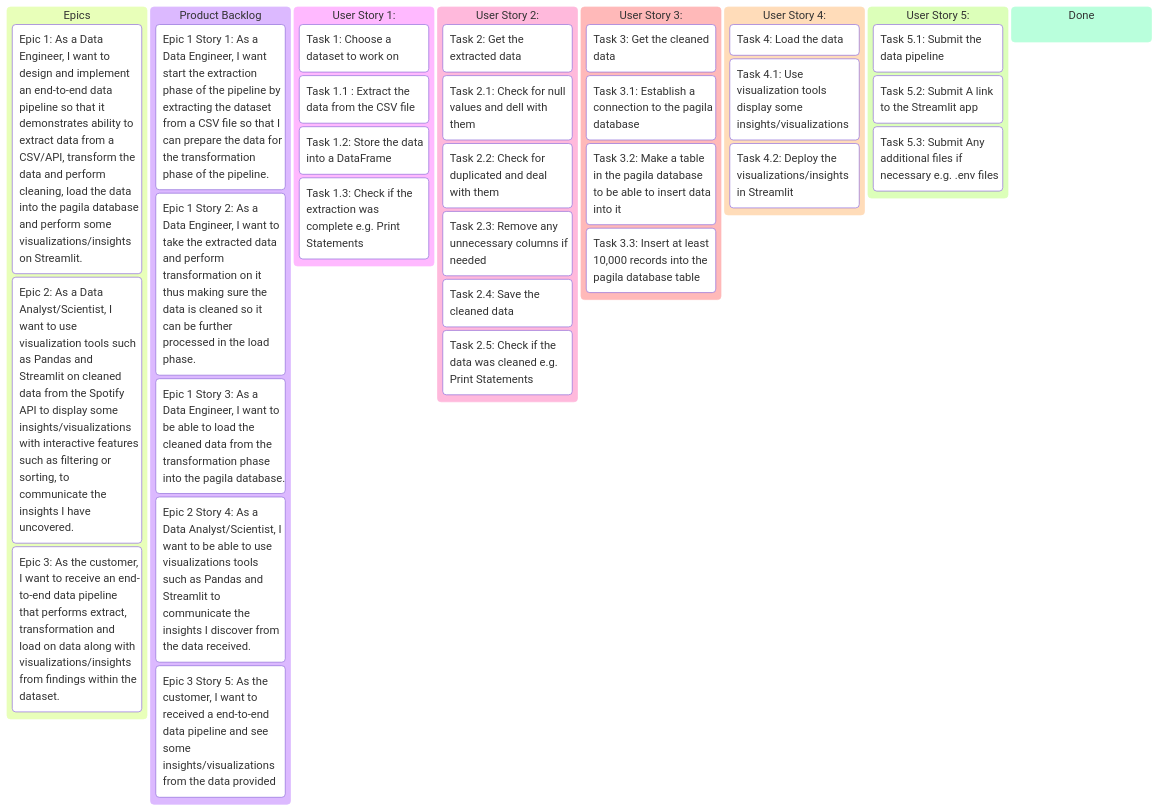
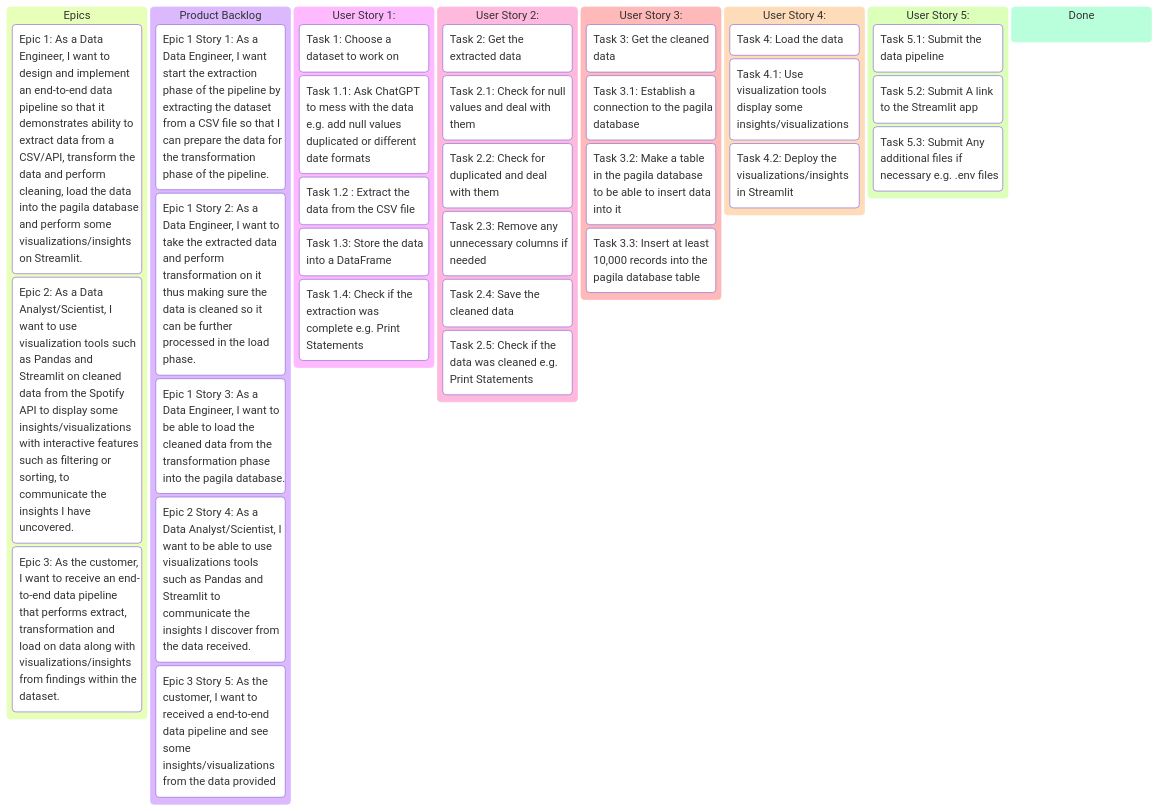
The diagram in README.md (RubenNhez/Capstone-Project), drawn with Mermaid before and after one commit. The commit also changed 10 other files, not shown here.

````diff
--- a/README.md
+++ b/README.md
@@ -186,39 +186,40 @@
 ```mermaid
 kanban
     Epics
         (Epic 1: As a Data Engineer, I want to design and implement an end-to-end data pipeline so that it demonstrates ability to extract data from a CSV/API, transform the data and perform cleaning, load the data into the pagila database and perform some visualizations/insights on Streamlit.)
         (Epic 2: As a Data Analyst/Scientist, I want to use visualization tools such as Pandas and Streamlit on cleaned data from the Spotify API to display some insights/visualizations with interactive features such as filtering or sorting, to communicate the insights I have uncovered.)
         (Epic 3: As the customer, I want to receive an end-to-end data pipeline that performs extract, transformation and load on data along with visualizations/insights from findings within the dataset.)
     Product Backlog
         (Epic 1 Story 1: As a Data Engineer, I want start the extraction phase of the pipeline by extracting the dataset from a CSV file so that I can prepare the data for the transformation phase of the pipeline.)
         (Epic 1 Story 2: As a Data Engineer, I want to take the extracted data and perform transformation on it thus making sure the data is cleaned so it can be further processed in the load phase.)
         (Epic 1 Story 3: As a Data Engineer, I want to be able to load the cleaned data from the transformation phase into the pagila database.)
         (Epic 2 Story 4: As a Data Analyst/Scientist, I want to be able to use visualizations tools such as Pandas and Streamlit to communicate the insights I discover from the data received.)
         (Epic 3 Story 5: As the customer, I want to received a end-to-end data pipeline and see some insights/visualizations from the data provided)
     (User Story 1:)
         Task 1: Choose a dataset to work on
-        Task 1.1 : Extract the data from the CSV file
-        Task 1.2: Store the data into a DataFrame
-        Task 1.3: Check if the extraction was complete e.g. Print Statements
+        Task 1.1: Ask ChatGPT to mess with the data e.g. add null values duplicated or different date formats
+        Task 1.2 : Extract the data from the CSV file
+        Task 1.3: Store the data into a DataFrame
+        Task 1.4: Check if the extraction was complete e.g. Print Statements
     (User Story 2:)
         Task 2: Get the extracted data
-        Task 2.1: Check for null values and dell with them
+        Task 2.1: Check for null values and deal with them
         Task 2.2: Check for duplicated and deal with them
         Task 2.3: Remove any unnecessary columns if needed
         Task 2.4: Save the cleaned data
         Task 2.5: Check if the data was cleaned e.g. Print Statements
     (User Story 3:)
         Task 3: Get the cleaned data
         Task 3.1: Establish a connection to the pagila database
         Task 3.2: Make a table in the pagila database to be able to insert data into it
         Task 3.3: Insert at least 10,000 records into the pagila database table
     (User Story 4:)
         Task 4: Load the data
         Task 4.1: Use visualization tools display some insights/visualizations
         Task 4.2: Deploy the visualizations/insights in Streamlit 
     (User Story 5:)
         Task 5.1: Submit the data pipeline
         Task 5.2: Submit A link to the Streamlit app
         Task 5.3: Submit Any additional files if necessary e.g. .env files
     Done
 ```
````
